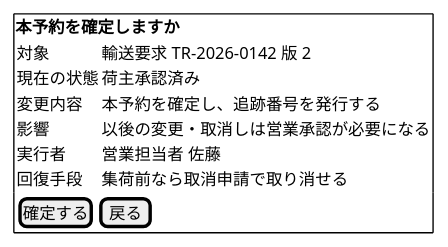
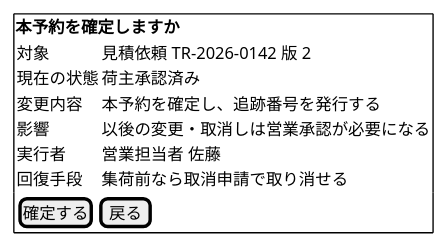
Diagram 16 of 21 in docs/design/cargo-tracker/ui_design.md (k2works/practical-domain-driven-design-in-enterpris-application), drawn with PlantUML before and after one commit. The commit also changed other lines of this file and 25 other files, not shown here.

````diff
--- a/docs/design/cargo-tracker/ui_design.md
+++ b/docs/design/cargo-tracker/ui_design.md
@@ -420,16 +602,16 @@
 ```plantuml
 @startsalt
 {+
   <b>本予約を確定しますか
   {
-    対象       | 輸送要求 TR-2026-0142 版 2
+    対象       | 見積依頼 TR-2026-0142 版 2
     現在の状態 | 荷主承認済み
     変更内容   | 本予約を確定し、追跡番号を発行する
     影響       | 以後の変更・取消しは営業承認が必要になる
     実行者     | 営業担当者 佐藤
     回復手段   | 集荷前なら取消申請で取り消せる
   }
   { [ 確定する ] | [ 戻る ] }
 }
 @endsalt
 ```
````
